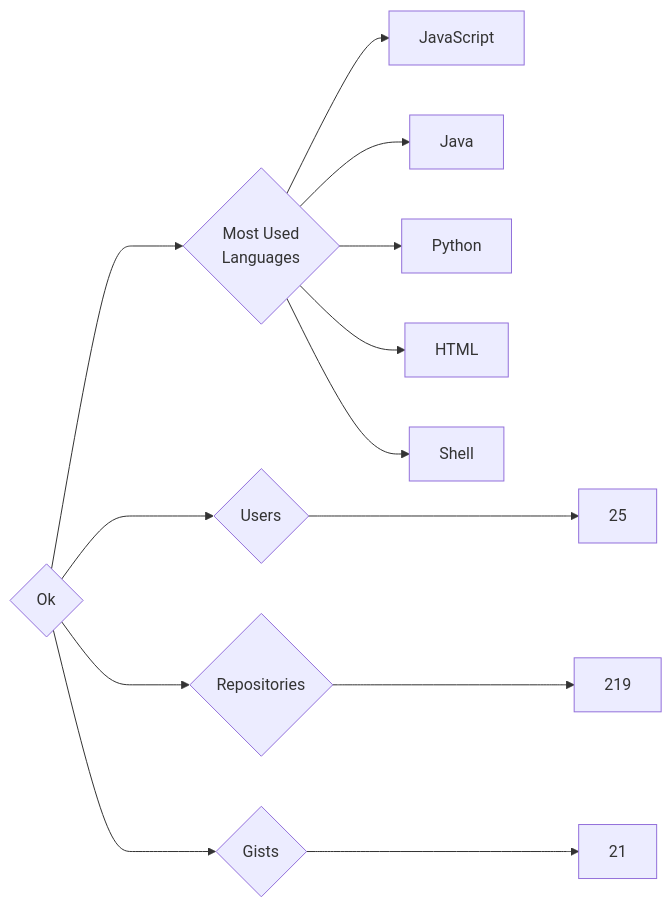
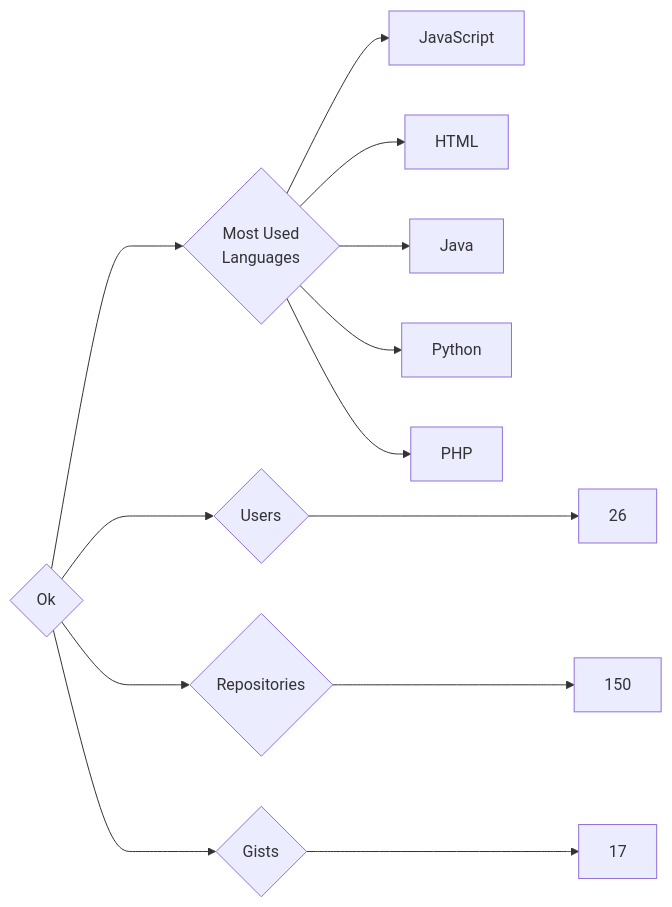
One commit to trickest/insiders changed the diagram in targets/Ok/README.md. Above: the diagram before and after it, drawn with Mermaid. The commit also changed 1011 other files, not shown here.

````diff
--- a/targets/Ok/README.md
+++ b/targets/Ok/README.md
@@ -3,13 +3,13 @@
 ```mermaid
 graph LR
 COMPANY_NAME{Ok}
-COMPANY_NAME ---> U{Users} ---> UN[25]
-COMPANY_NAME ---> R{Repositories} ---> RN[219]
-COMPANY_NAME ---> G{Gists} ---> GN[21]
+COMPANY_NAME ---> U{Users} ---> UN[26]
+COMPANY_NAME ---> R{Repositories} ---> RN[150]
+COMPANY_NAME ---> G{Gists} ---> GN[17]
 COMPANY_NAME ---> ML{Most Used<br>Languages}
 ML --> JavaScript[JavaScript]
+ML --> HTML[HTML]
 ML --> Java[Java]
 ML --> Python[Python]
-ML --> HTML[HTML]
-ML --> Shell[Shell]
+ML --> PHP[PHP]
 ```
````
